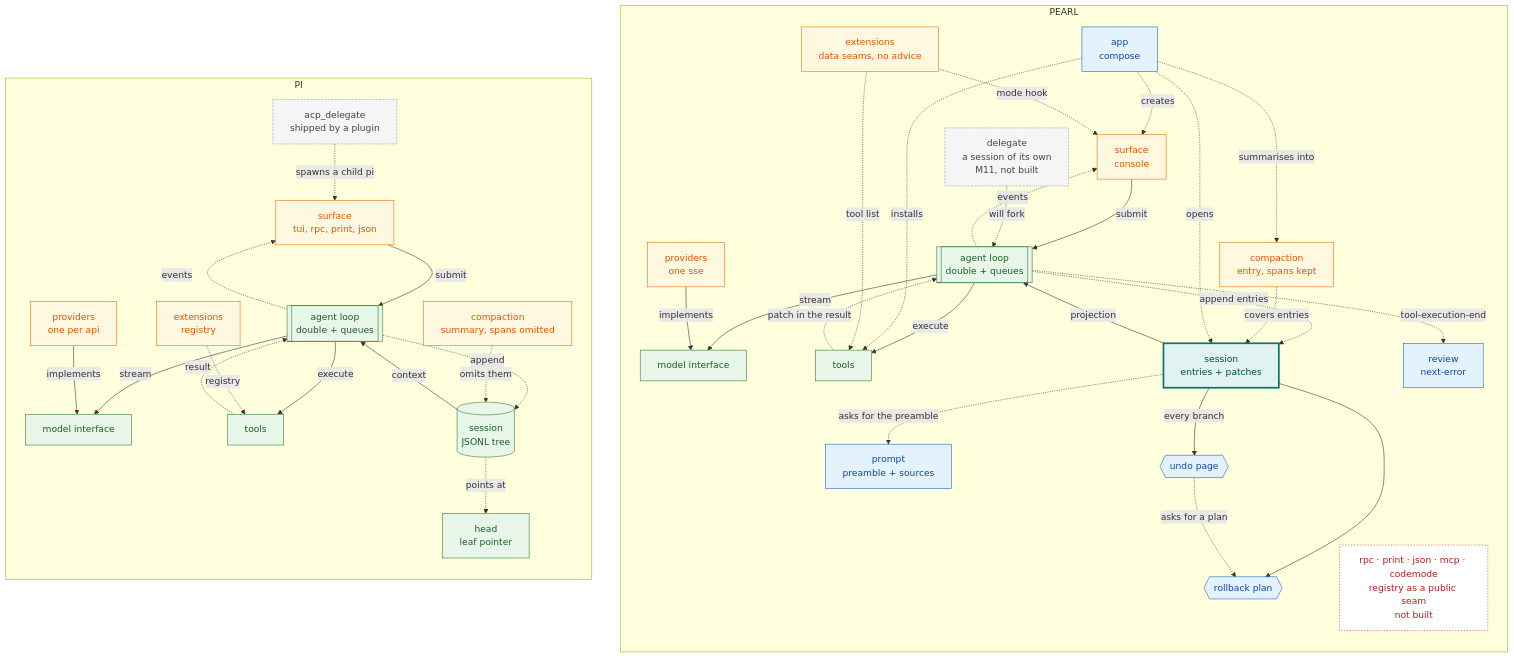
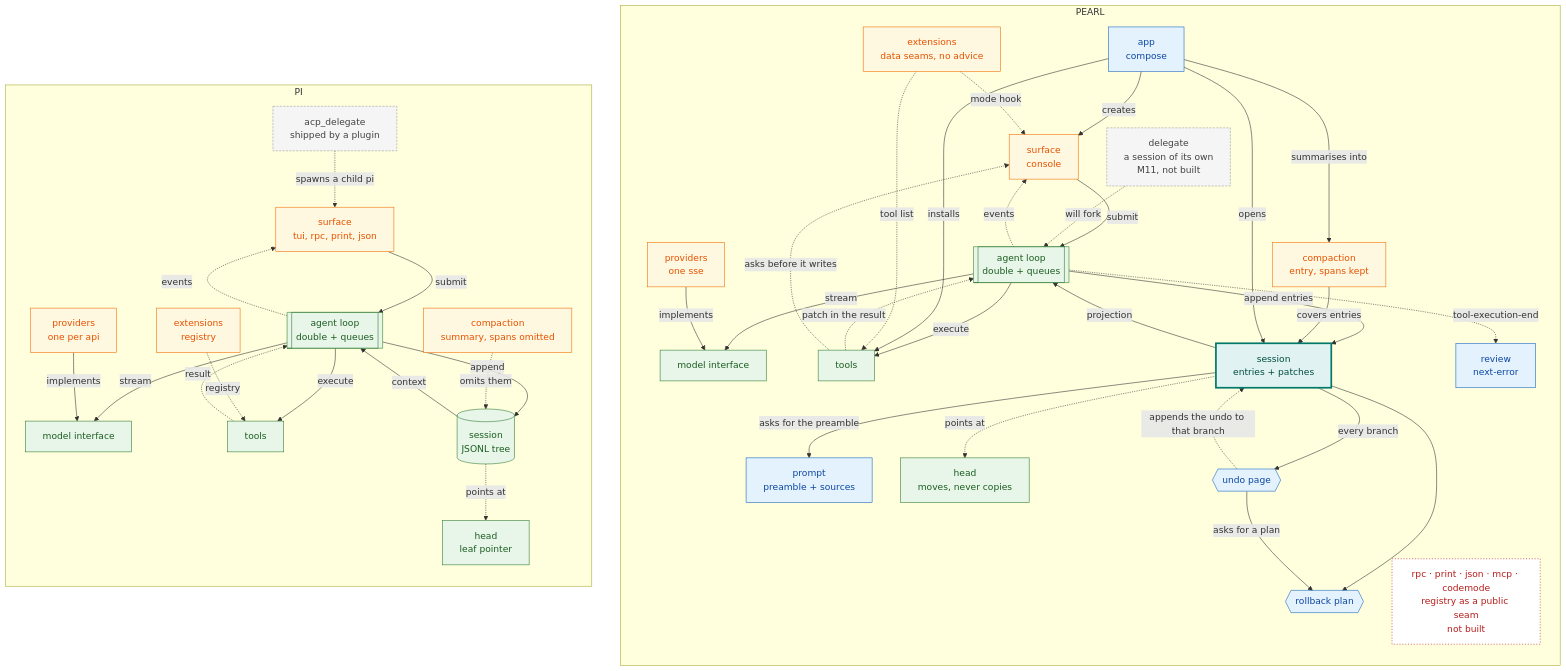
Before and after one commit to OverbearingPearl/pearl: the diagram in README.md, drawn with Mermaid. The commit also changed other lines of this file, not shown here.

Commit message:
Make the arrows mean one thing: a call is solid
The legend said solid was "data the receiver uses" and then every call
got a solid arrow, including `append entries`, `asks for the preamble`,
`covers entries` and the four things `app` opens or installs. Meanwhile
`points at` and `tool list`, which are relations and not calls at all,
were dashed for the same reason an event is: because nothing waits.

So solid now says one thing - the tail asks and the head answers in the
same step - and dashed says the rest with its reasons named: an event
nobody waits on, a value handed back inside a result, a relation the
record already has, or a step outside this panel.

Two arrows were missing for the same reason: the undo page writes its
undo into the branch it undid, and the shell asks before a write that no
snapshot covers. Both are in the code and neither was in the picture.

````diff
--- a/README.md
+++ b/README.md
@@ -114,58 +114,61 @@
 ```mermaid
 flowchart TB
   subgraph R["PEARL"]
     direction TB
     r_surf["surface<br/>console"] -->|submit| r_loop[["agent loop<br/>double + queues"]]
     r_loop -.->|events| r_surf
     r_loop -->|stream| r_model["model interface"]
     r_loop -->|execute| r_tools["tools"]
     r_tools -.->|patch in the result| r_loop
-    r_loop -.->|append entries| r_sess["session<br/>entries + patches"]
+    r_tools -.->|asks before it writes| r_surf
+    r_loop -->|append entries| r_sess["session<br/>entries + patches"]
     r_loop -.->|tool-execution-end| r_review["review<br/>next-error"]
     r_sess -->|projection| r_loop
-    r_sess -.->|asks for the preamble| r_prompt["prompt<br/>preamble + sources"]
+    r_sess -->|asks for the preamble| r_prompt["prompt<br/>preamble + sources"]
+    r_sess -.->|points at| r_leaf["head<br/>moves, never copies"]
     r_sess --> r_plan{{"rollback plan"}}
     r_sess -->|every branch| r_time{{"undo page"}}
-    r_time -.->|asks for a plan| r_plan
-    r_compact["compaction<br/>entry, spans kept"] -.->|covers entries| r_sess
-    r_app["app<br/>compose"] -.->|creates| r_surf
-    r_app -.->|opens| r_sess
-    r_app -.->|installs| r_tools
-    r_app -.->|summarises into| r_compact
+    r_time -->|asks for a plan| r_plan
+    r_time -.->|appends the undo to that branch| r_sess
+    r_compact["compaction<br/>entry, spans kept"] -->|covers entries| r_sess
+    r_app["app<br/>compose"] -->|creates| r_surf
+    r_app -->|opens| r_sess
+    r_app -->|installs| r_tools
+    r_app -->|summarises into| r_compact
     r_ext["extensions<br/>data seams, no advice"] -.->|tool list| r_tools
     r_ext -.->|mode hook| r_surf
     r_prov["providers<br/>one sse"] -->|implements| r_model
     r_delegate["delegate<br/>a session of its own<br/>M11, not built"] -.->|will fork| r_loop
     r_dropped["rpc · print · json · mcp · codemode<br/>registry as a public seam<br/>not built"]
   end
   subgraph L["PI"]
     direction TB
     l_surf["surface<br/>tui, rpc, print, json"] -->|submit| l_loop[["agent loop<br/>double + queues"]]
     l_loop -.->|events| l_surf
     l_loop -->|stream| l_model["model interface"]
     l_loop -->|execute| l_tools["tools"]
     l_tools -.->|result| l_loop
-    l_loop -.->|append| l_sess[("session<br/>JSONL tree")]
+    l_loop -->|append| l_sess[("session<br/>JSONL tree")]
     l_sess -->|context| l_loop
     l_sess -.->|points at| l_leaf["head<br/>leaf pointer"]
     l_compact["compaction<br/>summary, spans omitted"] -.->|omits them| l_sess
     l_ext["extensions<br/>registry"] -.->|registry| l_tools
     l_prov["providers<br/>one per api"] -->|implements| l_model
     l_delegate["acp_delegate<br/>shipped by a plugin"] -.->|spawns a child pi| l_surf
   end
   classDef keep fill:#e8f5e9,stroke:#2e7d32,color:#1b5e20
   classDef moved fill:#e0f2f1,stroke:#00796b,color:#004d40,stroke-width:3px
   classDef added fill:#e3f2fd,stroke:#1565c0,color:#0d47a1
   classDef changed fill:#fff8e1,stroke:#ef6c00,color:#e65100
   classDef planned fill:#f5f5f5,stroke:#9e9e9e,color:#424242,stroke-dasharray:4 2
   classDef removed fill:#ffffff,stroke:#b71c1c,color:#b71c1c,stroke-dasharray:2 3
-  class l_loop,l_model,l_tools,l_sess,l_leaf,r_loop,r_model,r_tools keep
+  class l_loop,l_model,l_tools,l_sess,l_leaf,r_loop,r_model,r_tools,r_leaf keep
   class l_surf,l_ext,l_prov changed
   class r_surf,r_ext,r_prov changed
   class l_compact,r_compact changed
   class r_app added
   class r_sess moved
   class r_plan,r_time,r_review,r_prompt added
   class l_delegate,r_delegate planned
   class r_dropped removed
 ```
````
